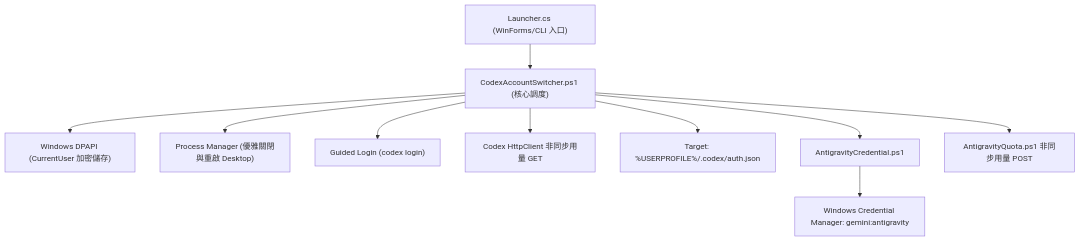
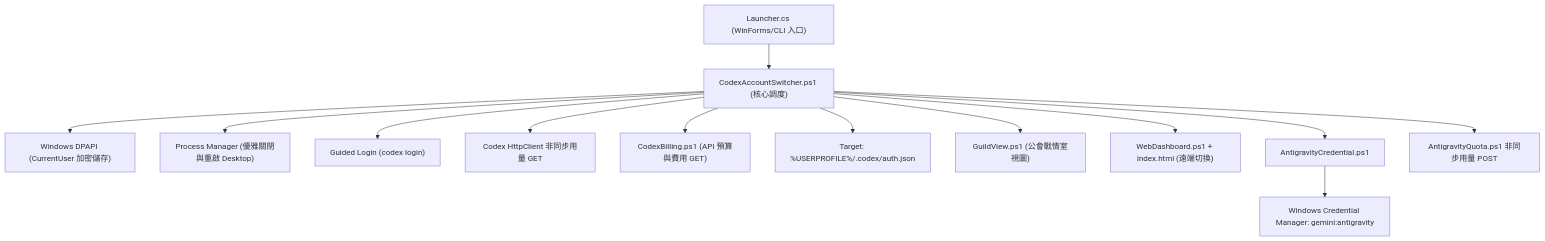
One commit to vinceli/codex-account-switcher changed the diagram in docs/spec/architecture.md. Above: the diagram before and after it, drawn with Mermaid. The commit also changed other lines of this file and 5 other files, not shown here.

Commit message:
docs: 更新 README、架構規格與介面預覽圖以符合程式現況

````diff
--- a/docs/spec/architecture.md
+++ b/docs/spec/architecture.md
@@ -10,12 +10,15 @@
 ```mermaid
 flowchart TD
     Launcher["Launcher.cs (WinForms/CLI 入口)"] --> Switcher["CodexAccountSwitcher.ps1 (核心調度)"]
     Switcher --> DPAPI["Windows DPAPI (CurrentUser 加密儲存)"]
     Switcher --> ProcessMgr["Process Manager (優雅關閉與重啟 Desktop)"]
     Switcher --> GuidedLogin["Guided Login (codex login)"]
     Switcher --> Quota["Codex HttpClient 非同步用量 GET"]
+    Switcher --> Billing["CodexBilling.ps1 (API 預算與費用 GET)"]
     Switcher --> AuthTarget["Target: %USERPROFILE%/.codex/auth.json"]
+    Switcher --> Guild["GuildView.ps1 (公會戰情室視圖)"]
+    Switcher --> Web["WebDashboard.ps1 + index.html (遠端切換)"]
     Switcher --> AG["AntigravityCredential.ps1"]
     Switcher --> AGQuota["AntigravityQuota.ps1 非同步用量 POST"]
     AG --> CredMan["Windows Credential Manager: gemini:antigravity"]
 ```
````
